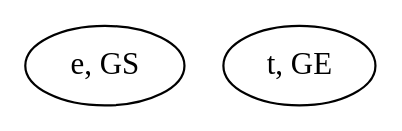
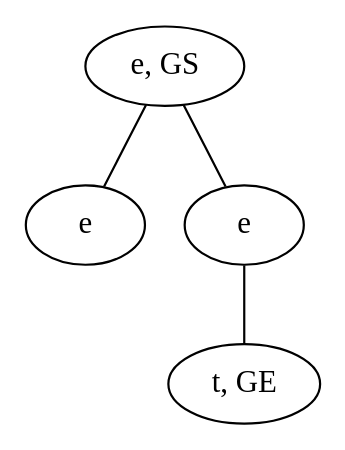
One commit to schrum2/MM-NEAT changed the diagram in data/VGLC/Zelda/rules/1/6_E-t.dot. Above: the diagram before and after it, drawn with Graphviz. The commit also changed 59 other files, not shown here.

```diff
--- a/data/VGLC/Zelda/rules/1/6_E-t.dot
+++ b/data/VGLC/Zelda/rules/1/6_E-t.dot
@@ -1,4 +1,9 @@
 graph {
-MlQu [label="e, GS"]
-lhvt [label="t, GE"]
+kZgy [label="e, GS"]
+HVnk [label="t, GE"]
+aXgX [label="e"]
+OGbH [label="e"]
+kZgy -- aXgX
+kZgy -- OGbH
+OGbH -- HVnk
 }
```
